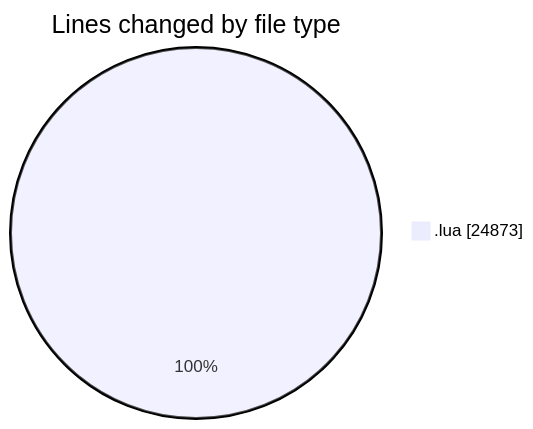
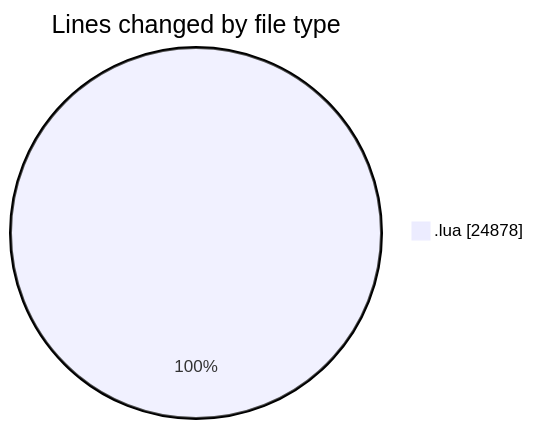
One commit to 3Nya3/code-tracking changed the first of 2 diagrams in 2025-01-02/mods/README.md. Above: the diagram before and after it, drawn with Mermaid. The commit also changed other lines of this file and 1 other file, not shown here.

````diff
--- a/2025-01-02/mods/README.md
+++ b/2025-01-02/mods/README.md
@@ -23,5 +23,5 @@
 ```mermaid
 pie showData
 title Lines changed by file type
-".lua" : 24873
+".lua" : 24878
 ```
````
